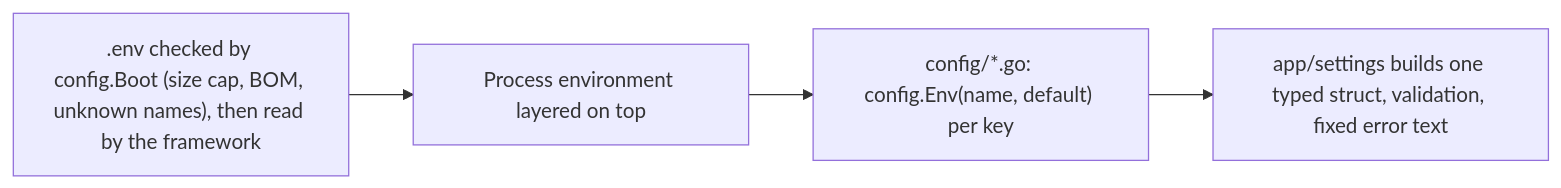
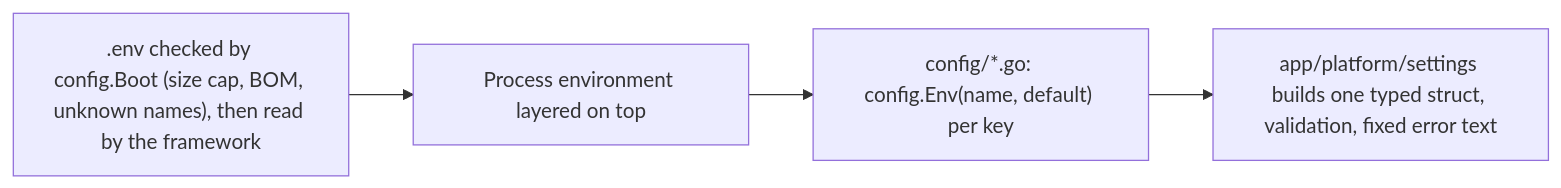
The diagram in docs/prds/17-Configuration.md (dimaskiddo/rllmx), drawn with Mermaid before and after one commit. The commit also changed other lines of this file and 971 other files, not shown here.

````diff
--- a/docs/prds/17-Configuration.md
+++ b/docs/prds/17-Configuration.md
@@ -11,6 +11,6 @@
 ```mermaid
 flowchart LR
     A[".env checked by config.Boot (size cap, BOM, unknown names), then read by the framework"] --> B[Process environment layered on top]
     B --> C["config/*.go: config.Env(name, default) per key"]
-    C --> D["app/settings builds one typed struct, validation, fixed error text"]
+    C --> D["app/platform/settings builds one typed struct, validation, fixed error text"]
 ```
````
